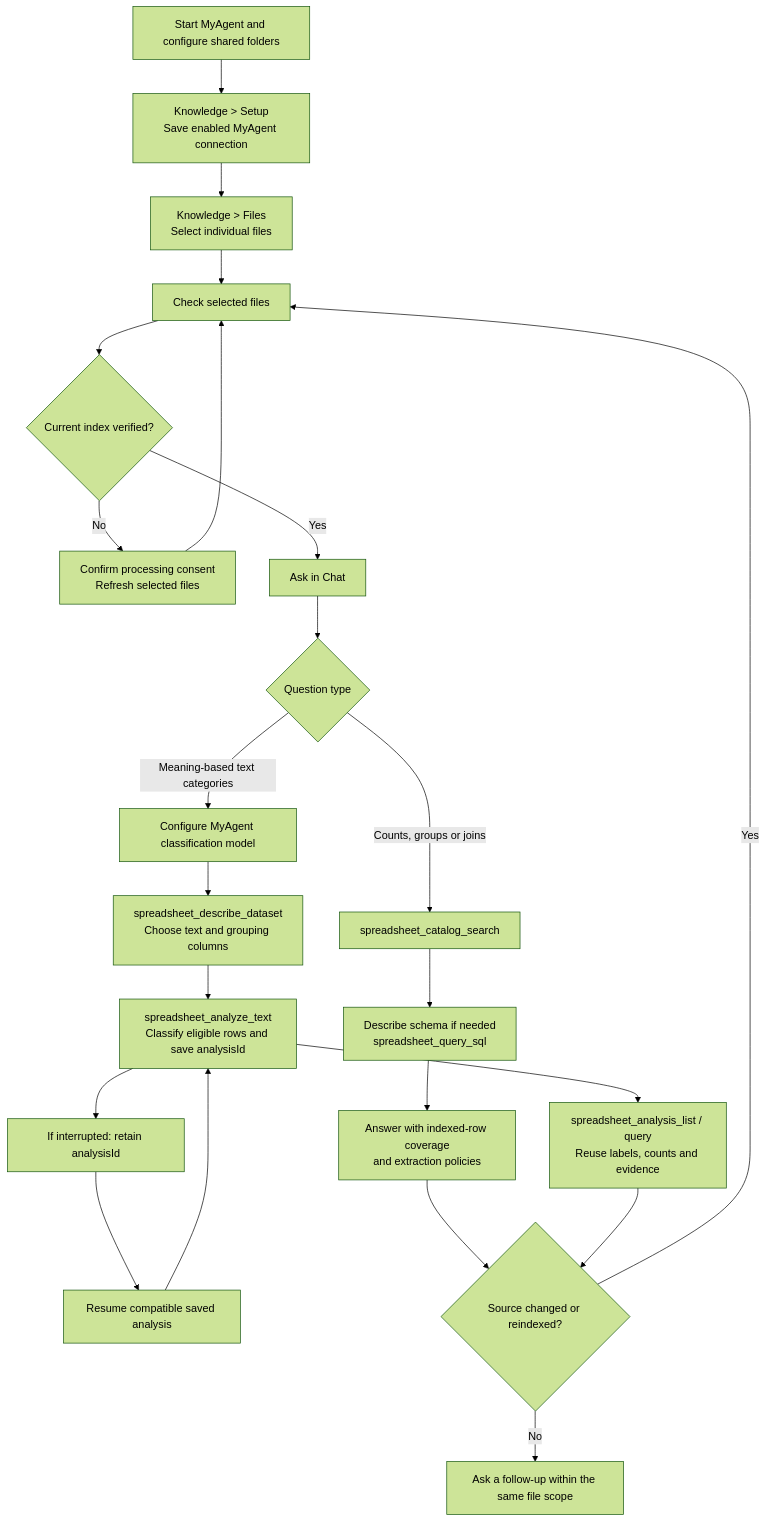
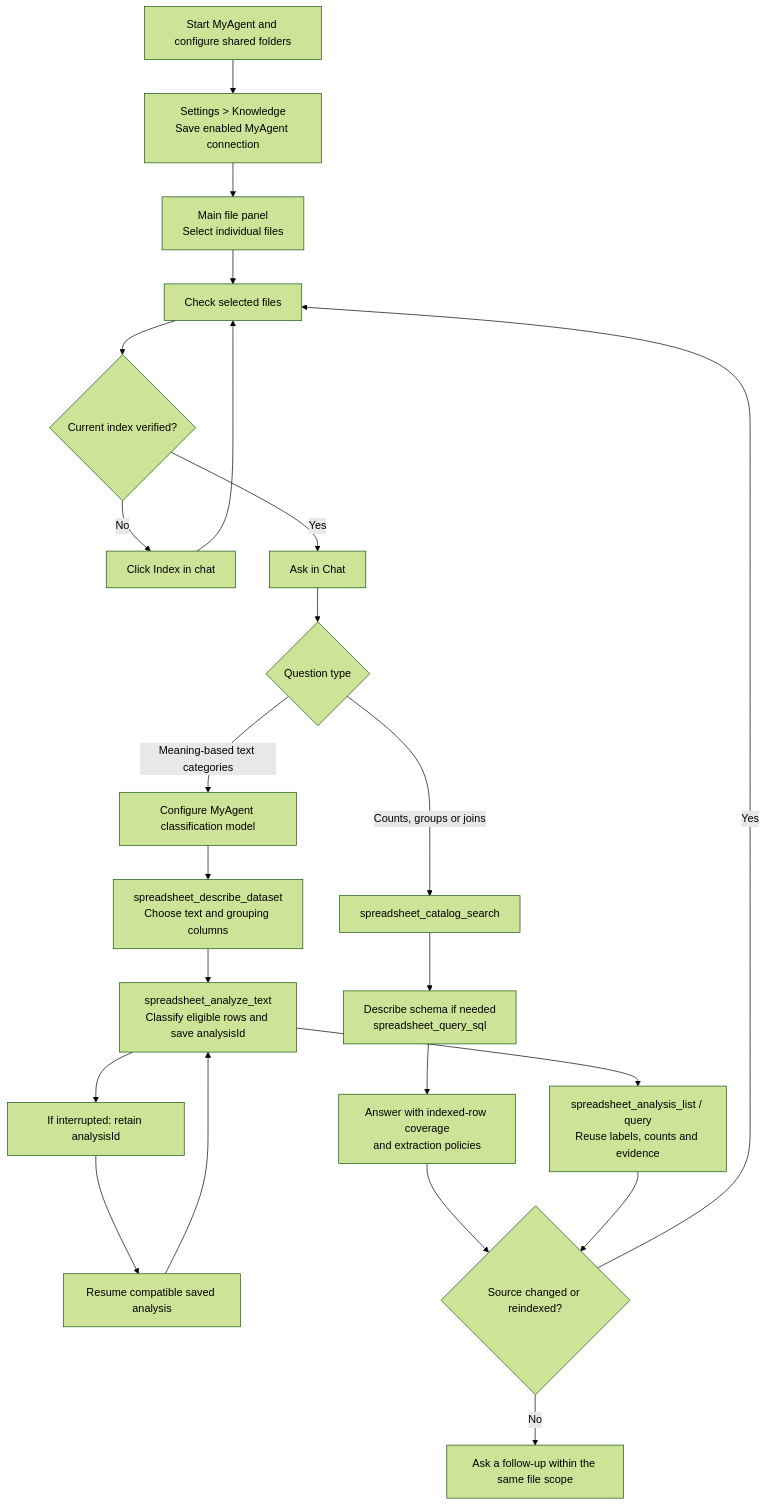
Before and after one commit to Abdul-mo-dev/nawa-agent: the second of 2 diagrams in docs/DATA_ANALYSIS.md, drawn with Mermaid (forest theme). The commit also changed other lines of this file and 89 other files, not shown here.

Commit message:
opened dir chat panel update ui/ux

````diff
--- a/docs/DATA_ANALYSIS.md
+++ b/docs/DATA_ANALYSIS.md
@@ -70,25 +70,25 @@
 ```mermaid
 flowchart TD
-    START["Start MyAgent and configure shared folders"] --> SETUP["Knowledge > Setup<br/>Save enabled MyAgent connection"]
-    SETUP --> FILES["Knowledge > Files<br/>Select individual files"]
+    START["Start MyAgent and configure shared folders"] --> SETUP["Settings > Knowledge<br/>Save enabled MyAgent connection"]
+    SETUP --> FILES["Main file panel<br/>Select individual files"]
     FILES --> CHECK["Check selected files"]
     CHECK --> READY{"Current index verified?"}
-    READY -->|No| CONSENT["Confirm processing consent<br/>Refresh selected files"]
+    READY -->|No| CONSENT["Click Index in chat"]
     CONSENT --> CHECK
     READY -->|Yes| ASK["Ask in Chat"]
     ASK --> KIND{"Question type"}
     KIND -->|Counts, groups or joins| CAT["spreadsheet_catalog_search"]
     CAT --> SQL["Describe schema if needed<br/>spreadsheet_query_sql"]
     SQL --> NUM["Answer with indexed-row coverage<br/>and extraction policies"]
     KIND -->|Meaning-based text categories| MODEL["Configure MyAgent classification model"]
     MODEL --> DESCRIBE["spreadsheet_describe_dataset<br/>Choose text and grouping columns"]
     DESCRIBE --> CLASSIFY["spreadsheet_analyze_text<br/>Classify eligible rows and save analysisId"]
     CLASSIFY --> SAVED["spreadsheet_analysis_list / query<br/>Reuse labels, counts and evidence"]
     CLASSIFY --> PAUSE["If interrupted: retain analysisId"]
     PAUSE --> RESUME["Resume compatible saved analysis"]
     RESUME --> CLASSIFY
     NUM --> CHANGE{"Source changed or reindexed?"}
     SAVED --> CHANGE
     CHANGE -->|Yes| CHECK
     CHANGE -->|No| FOLLOWUP["Ask a follow-up within the same file scope"]
 ```
````
